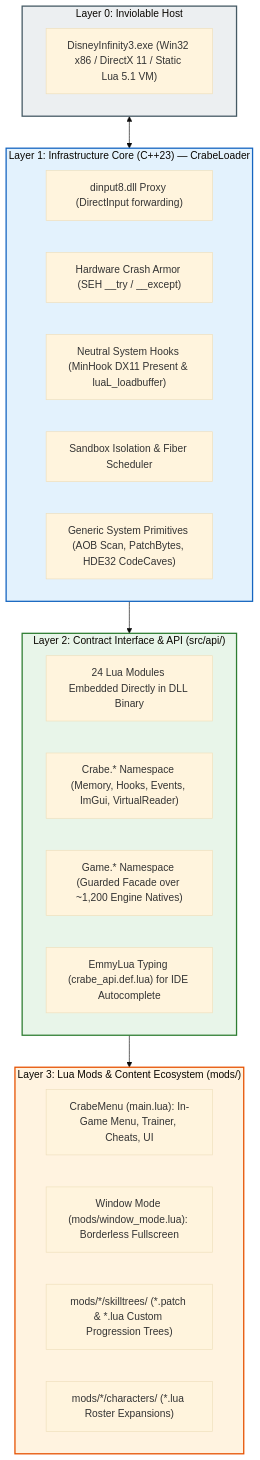
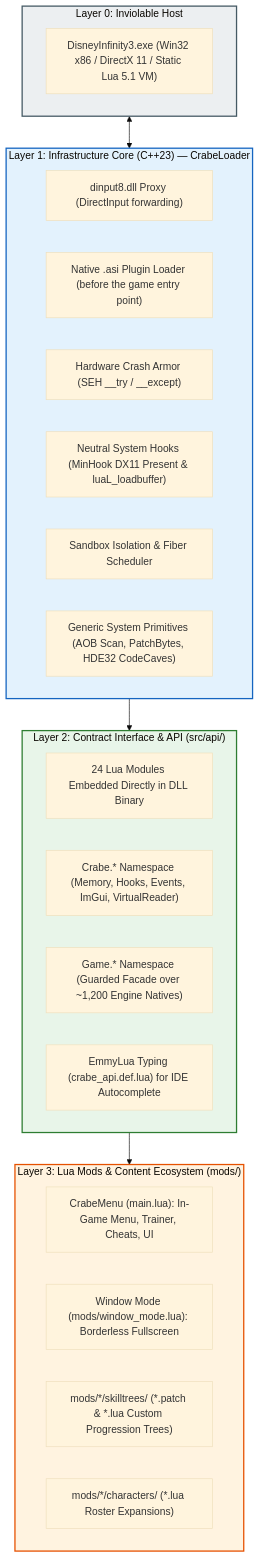
One commit to LucasLhomme/CrabeLoader changed the first of 2 diagrams in docs/ARCHITECTURE_BLUEPRINT.md. Above: the diagram before and after it, drawn with Mermaid (base theme). The commit also changed 23 other files, not shown here.

````diff
--- a/docs/ARCHITECTURE_BLUEPRINT.md
+++ b/docs/ARCHITECTURE_BLUEPRINT.md
@@ -102,37 +102,38 @@
 ```mermaid
 flowchart TD
     subgraph L0["Layer 0: Inviolable Host"]
         GAME["DisneyInfinity3.exe (Win32 x86 / DirectX 11 / Static Lua 5.1 VM)"]
     end
 
     subgraph L1["Layer 1: Infrastructure Core (C++23) — CrabeLoader"]
         INJECT["dinput8.dll Proxy (DirectInput forwarding)"]
+        ASI["Native .asi Plugin Loader (before the game entry point)"]
         SEH["Hardware Crash Armor (SEH __try / __except)"]
         HOOKS["Neutral System Hooks (MinHook DX11 Present & luaL_loadbuffer)"]
         SANDBOX_CORE["Sandbox Isolation & Fiber Scheduler"]
         PRIMITIVES["Generic System Primitives (AOB Scan, PatchBytes, HDE32 CodeCaves)"]
     end
 
     subgraph L2["Layer 2: Contract Interface & API (src/api/)"]
         EMBED_API["24 Lua Modules Embedded Directly in DLL Binary"]
         CRABE_SURFACE["Crabe.* Namespace (Memory, Hooks, Events, ImGui, VirtualReader)"]
         GAME_SURFACE["Game.* Namespace (Guarded Facade over ~1,200 Engine Natives)"]
         TYPES["EmmyLua Typing (crabe_api.def.lua) for IDE Autocomplete"]
     end
 
     subgraph L3["Layer 3: Lua Mods & Content Ecosystem (mods/)"]
         CRABEMENU["CrabeMenu (main.lua): In-Game Menu, Trainer, Cheats, UI"]
         WINDOW_MODE["Window Mode (mods/window_mode.lua): Borderless Fullscreen"]
         CUSTOM_SKILLS["mods/*/skilltrees/ (*.patch & *.lua Custom Progression Trees)"]
         CUSTOM_HEROES["mods/*/characters/ (*.lua Roster Expansions)"]
     end
 
     L0 <--> L1
     L1 --> L2
     L2 --> L3
 
     style L0 fill:#eceff1,stroke:#455a64,stroke-width:2px;
     style L1 fill:#e3f2fd,stroke:#1565c0,stroke-width:2px;
     style L2 fill:#e8f5e9,stroke:#2e7d32,stroke-width:2px;
     style L3 fill:#fff3e0,stroke:#e65100,stroke-width:2px;
 ```
````
